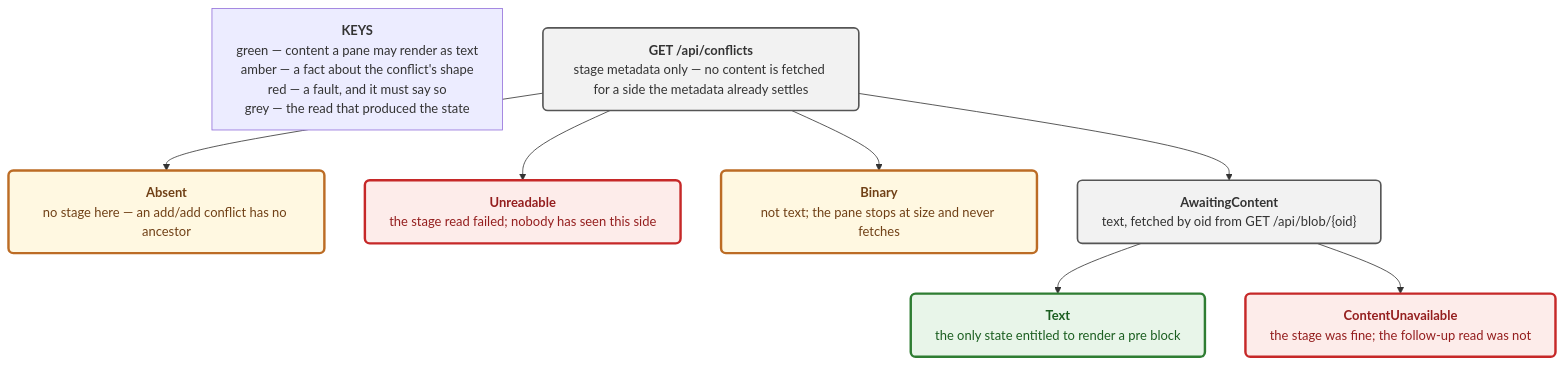
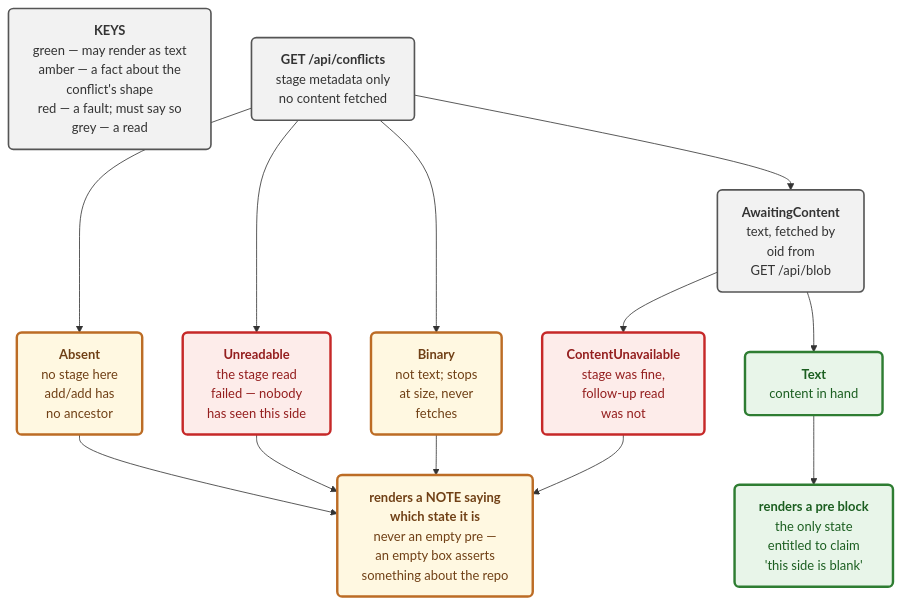
Before and after one commit to tom2025b/git-vista: the diagram in docs/adr/0066-inspecting-a-conflict-is-three-reads-the-lan-never-sees.md, drawn with Mermaid. The commit also changed 1 other file, not shown here.

Commit message:
docs(#428): ADR 0066 — inspecting a conflict
Records the fixed authz decision (three reads, full_routes only), why a
blob oid needs its own reader rather than a flag on git_cat_file_batch,
why the pane mapping is host-tested rather than wasm-gated, and the
surviving mutation that exposed an inert test.

Claude-Session: https://claude.ai/code/session_01SozgaZsBuJRktpRMV5HbZZ

````diff
--- a/docs/adr/0066-inspecting-a-conflict-is-three-reads-the-lan-never-sees.md
+++ b/docs/adr/0066-inspecting-a-conflict-is-three-reads-the-lan-never-sees.md
@@ -91,40 +91,47 @@
 ```mermaid
----
-config:
-  flowchart:
-    wrappingWidth: 330
----
 flowchart TD
     KEYS["<b>KEYS</b>
-    green — content a pane may render as text
-    amber — a fact about the conflict's shape
-    red — a fault, and it must say so
-    grey — the read that produced the state"]
+    green — may render as text
+    amber — a fact about the
+    conflict's shape
+    red — a fault; must say so
+    grey — a read"]
 
-    SCAN["<b>GET /api/conflicts</b><br/>stage metadata only — no content is fetched for a side the metadata already settles"]
+    SCAN["<b>GET /api/conflicts</b><br/>stage metadata only<br/>no content fetched"]
 
-    ABS["<b>Absent</b><br/>no stage here — an add/add conflict has no ancestor"]
-    UNR["<b>Unreadable</b><br/>the stage read failed; nobody has seen this side"]
-    BIN["<b>Binary</b><br/>not text; the pane stops at size and never fetches"]
-    AWAIT["<b>AwaitingContent</b><br/>text, fetched by oid from GET /api/blob/{oid}"]
+    ABS["<b>Absent</b><br/>no stage here<br/>add/add has<br/>no ancestor"]
+    UNR["<b>Unreadable</b><br/>the stage read<br/>failed — nobody<br/>has seen this side"]
+    BIN["<b>Binary</b><br/>not text; stops<br/>at size, never<br/>fetches"]
+    AWAIT["<b>AwaitingContent</b><br/>text, fetched by<br/>oid from<br/>GET /api/blob"]
 
-    TEXT["<b>Text</b><br/>the only state entitled to render a pre block"]
-    FAIL["<b>ContentUnavailable</b><br/>the stage was fine; the follow-up read was not"]
+    TEXT["<b>Text</b><br/>content in hand"]
+    FAIL["<b>ContentUnavailable</b><br/>stage was fine,<br/>follow-up read<br/>was not"]
+
+    PRE["<b>renders a pre block</b><br/>the only state<br/>entitled to claim<br/>'this side is blank'"]
+    NOTE["<b>renders a NOTE saying<br/>which state it is</b><br/>never an empty pre —<br/>an empty box asserts<br/>something about the repo"]
 
     SCAN --> ABS
     SCAN --> UNR
     SCAN --> BIN
     SCAN --> AWAIT
     AWAIT --> TEXT
     AWAIT --> FAIL
+
+    TEXT --> PRE
+    ABS --> NOTE
+    UNR --> NOTE
+    BIN --> NOTE
+    FAIL --> NOTE
 
     classDef ok fill:#e8f5e9,stroke:#2e7d32,stroke-width:3px,rx:6,ry:6,color:#1b5e20
     classDef mid fill:#fff8e1,stroke:#bc6c25,stroke-width:3px,rx:6,ry:6,color:#704016
     classDef bad fill:#fdecea,stroke:#c62828,stroke-width:3px,rx:6,ry:6,color:#941e1e
     classDef legend fill:#f2f2f2,stroke:#555555,stroke-width:2px,rx:6,ry:6,color:#333333
 
     class SCAN,AWAIT legend
     class ABS,BIN mid
     class UNR,FAIL bad
-    class TEXT ok
+    class TEXT,PRE ok
+    class NOTE mid
+    class KEYS legend
 ```
````
